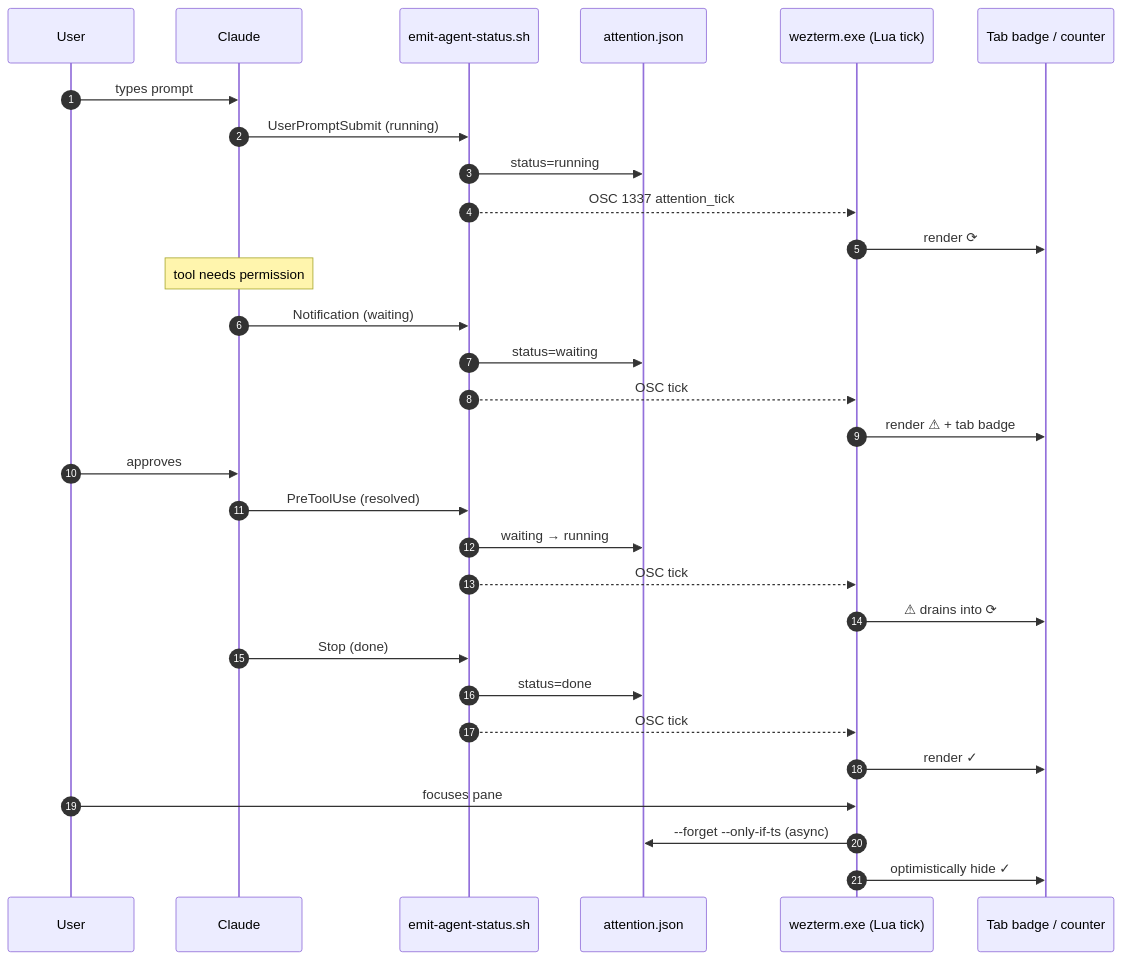
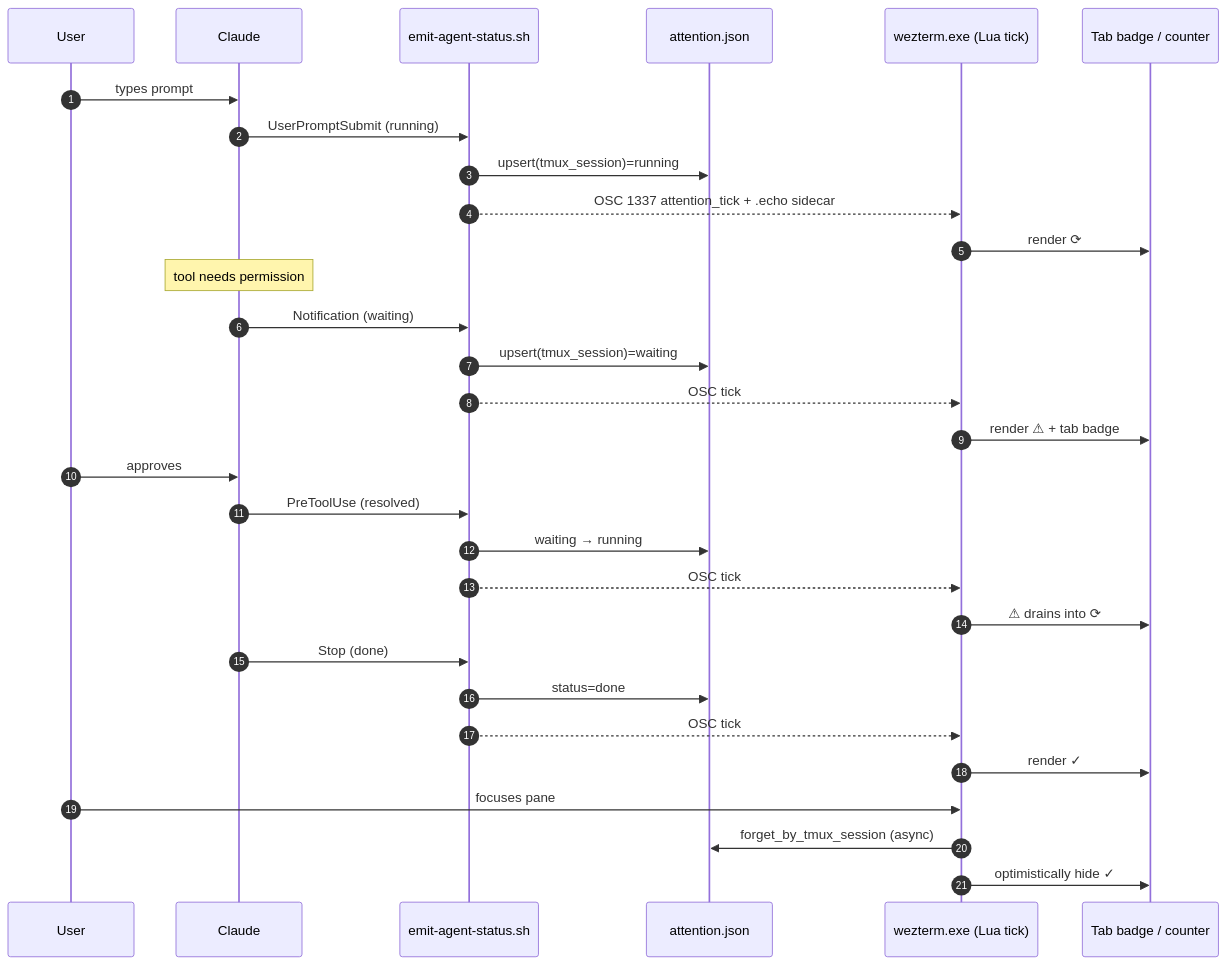
One commit to yunsii/wezdeck changed the first of 4 diagrams in docs/presentations/ai-workspace-sharing-outline.md. Above: the diagram before and after it, drawn with Mermaid. The commit also changed other lines of this file and 2 other files, not shown here.

````diff
--- a/docs/presentations/ai-workspace-sharing-outline.md
+++ b/docs/presentations/ai-workspace-sharing-outline.md
@@ -54,37 +54,37 @@
 ```mermaid
 sequenceDiagram
   autonumber
   participant U as User
   participant C as Claude
   participant H as emit-agent-status.sh
   participant J as attention.json
   participant W as wezterm.exe (Lua tick)
   participant B as Tab badge / counter
 
   U->>C: types prompt
   C->>H: UserPromptSubmit (running)
-  H->>J: status=running
-  H-->>W: OSC 1337 attention_tick
+  H->>J: upsert(tmux_session)=running
+  H-->>W: OSC 1337 attention_tick + .echo sidecar
   W->>B: render ⟳
 
   Note over C: tool needs permission
   C->>H: Notification (waiting)
-  H->>J: status=waiting
+  H->>J: upsert(tmux_session)=waiting
   H-->>W: OSC tick
   W->>B: render ⚠ + tab badge
 
   U->>C: approves
   C->>H: PreToolUse (resolved)
   H->>J: waiting → running
   H-->>W: OSC tick
   W->>B: ⚠ drains into ⟳
 
   C->>H: Stop (done)
   H->>J: status=done
   H-->>W: OSC tick
   W->>B: render ✓
 
   U->>W: focuses pane
-  W->>J: --forget --only-if-ts (async)
+  W->>J: forget_by_tmux_session (async)
   W->>B: optimistically hide ✓
 ```
````
